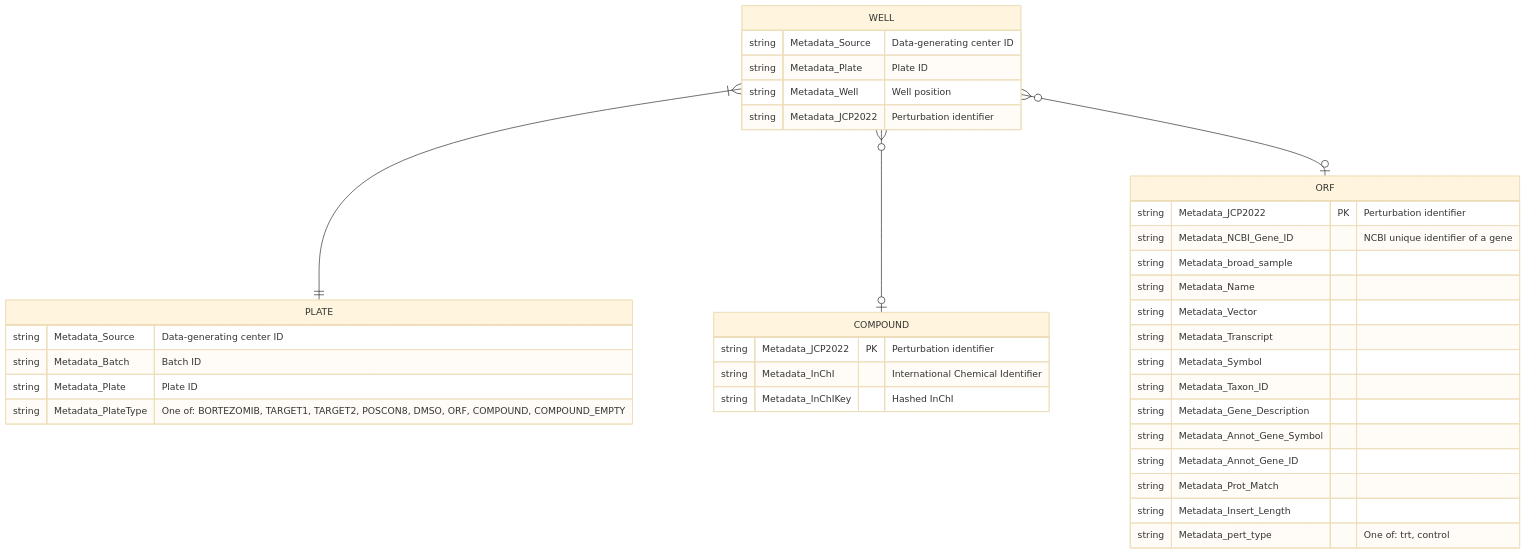
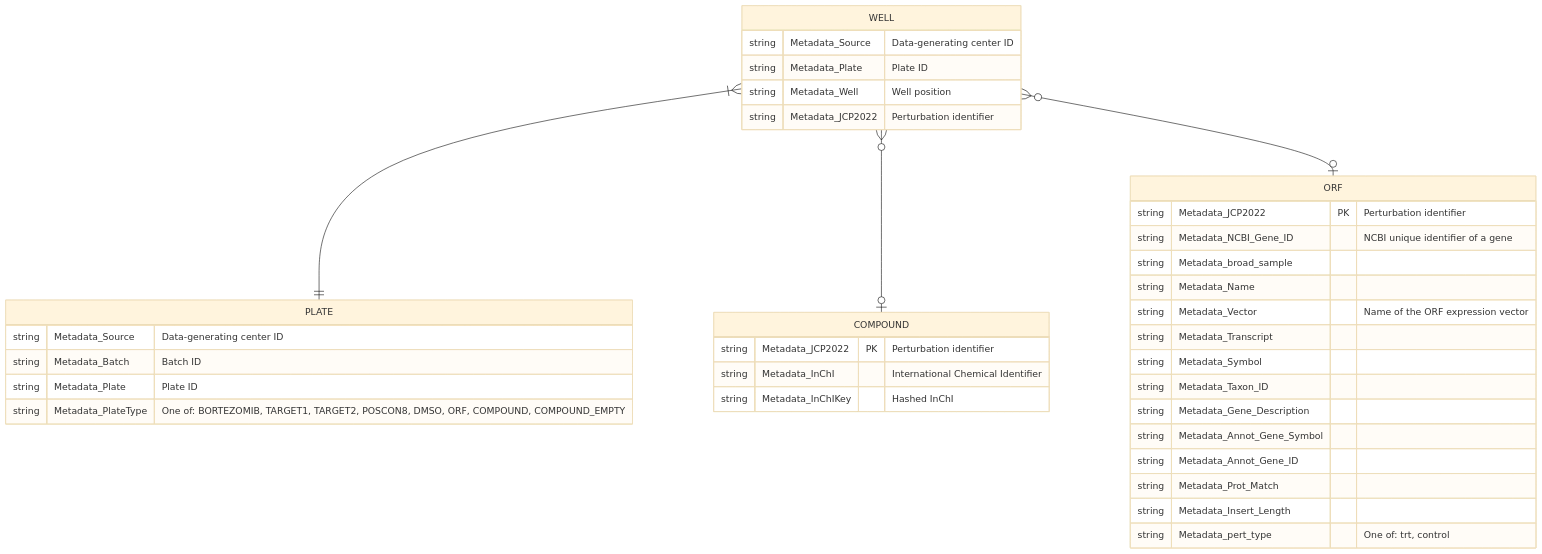
The diagram in metadata/README.md (jump-cellpainting/datasets), drawn with Mermaid (base theme) before and after one commit.

````diff
--- a/metadata/README.md
+++ b/metadata/README.md
@@ -6,39 +6,39 @@
 ```mermaid
 erDiagram
     WELL }|--|| PLATE : ""
     WELL {
         string Metadata_Source "Data-generating center ID"
         string Metadata_Plate "Plate ID"
         string Metadata_Well "Well position"
         string Metadata_JCP2022 "Perturbation identifier"
     }
     PLATE {
         string Metadata_Source "Data-generating center ID"
         string Metadata_Batch "Batch ID"
         string Metadata_Plate "Plate ID"
         string Metadata_PlateType "One of: BORTEZOMIB, TARGET1, TARGET2, POSCON8, DMSO, ORF, COMPOUND, COMPOUND_EMPTY"
     }
     WELL }o--o| COMPOUND : ""
     COMPOUND {
         string Metadata_JCP2022 PK "Perturbation identifier"
         string Metadata_InChI "International Chemical Identifier"
         string Metadata_InChIKey "Hashed InChI"
     }
     WELL }o--o| ORF : ""
     ORF {
         string Metadata_JCP2022 PK "Perturbation identifier"
         string Metadata_NCBI_Gene_ID "NCBI unique identifier of a gene"
         string Metadata_broad_sample ""
         string Metadata_Name ""
-        string Metadata_Vector ""
+        string Metadata_Vector "Name of the ORF expression vector"
         string Metadata_Transcript ""
         string Metadata_Symbol ""
         string Metadata_Taxon_ID ""
         string Metadata_Gene_Description ""
         string Metadata_Annot_Gene_Symbol ""
         string Metadata_Annot_Gene_ID ""
         string Metadata_Prot_Match ""
         string Metadata_Insert_Length ""
         string Metadata_pert_type "One of: trt, control"
     }
 ```
````
